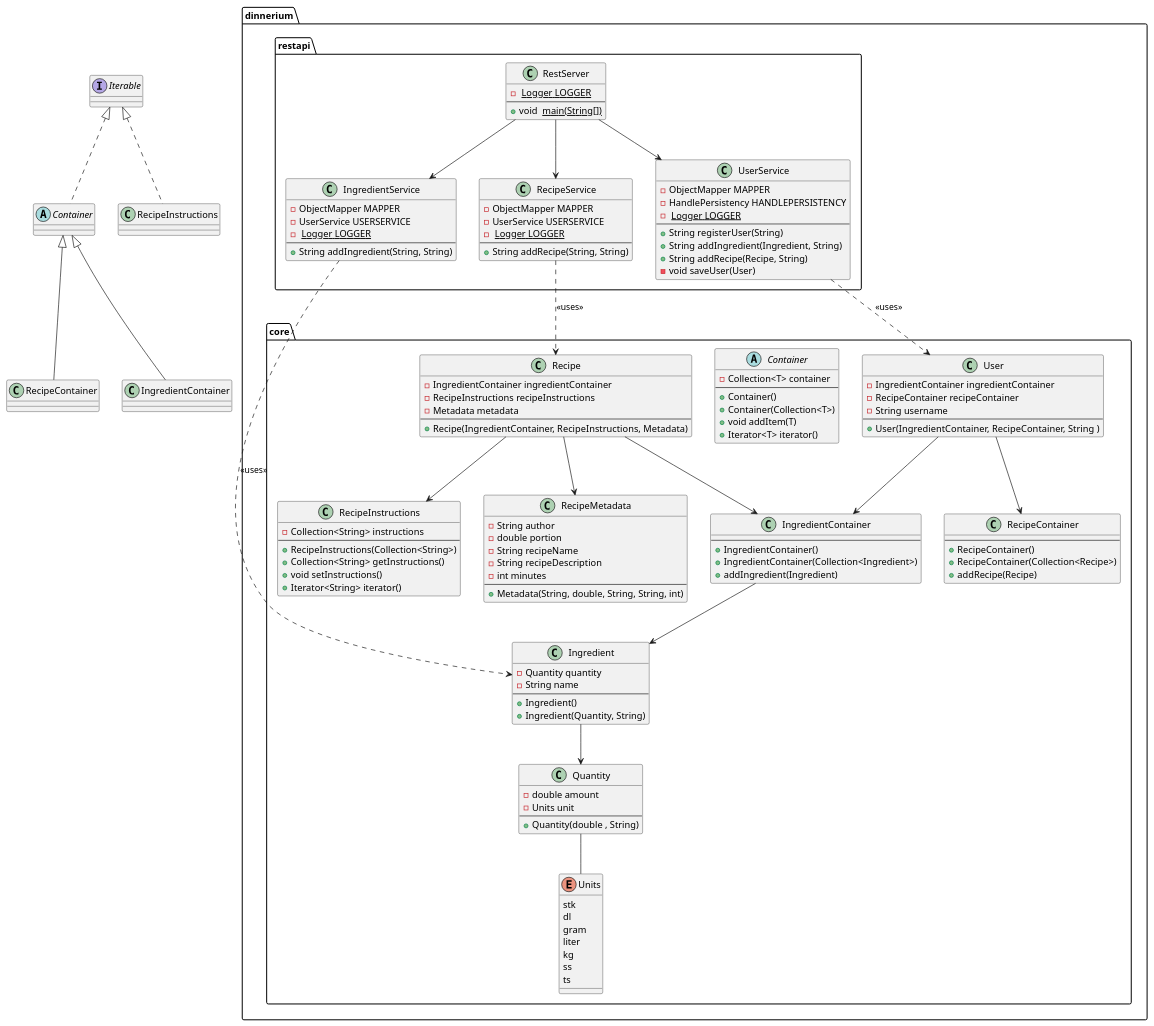
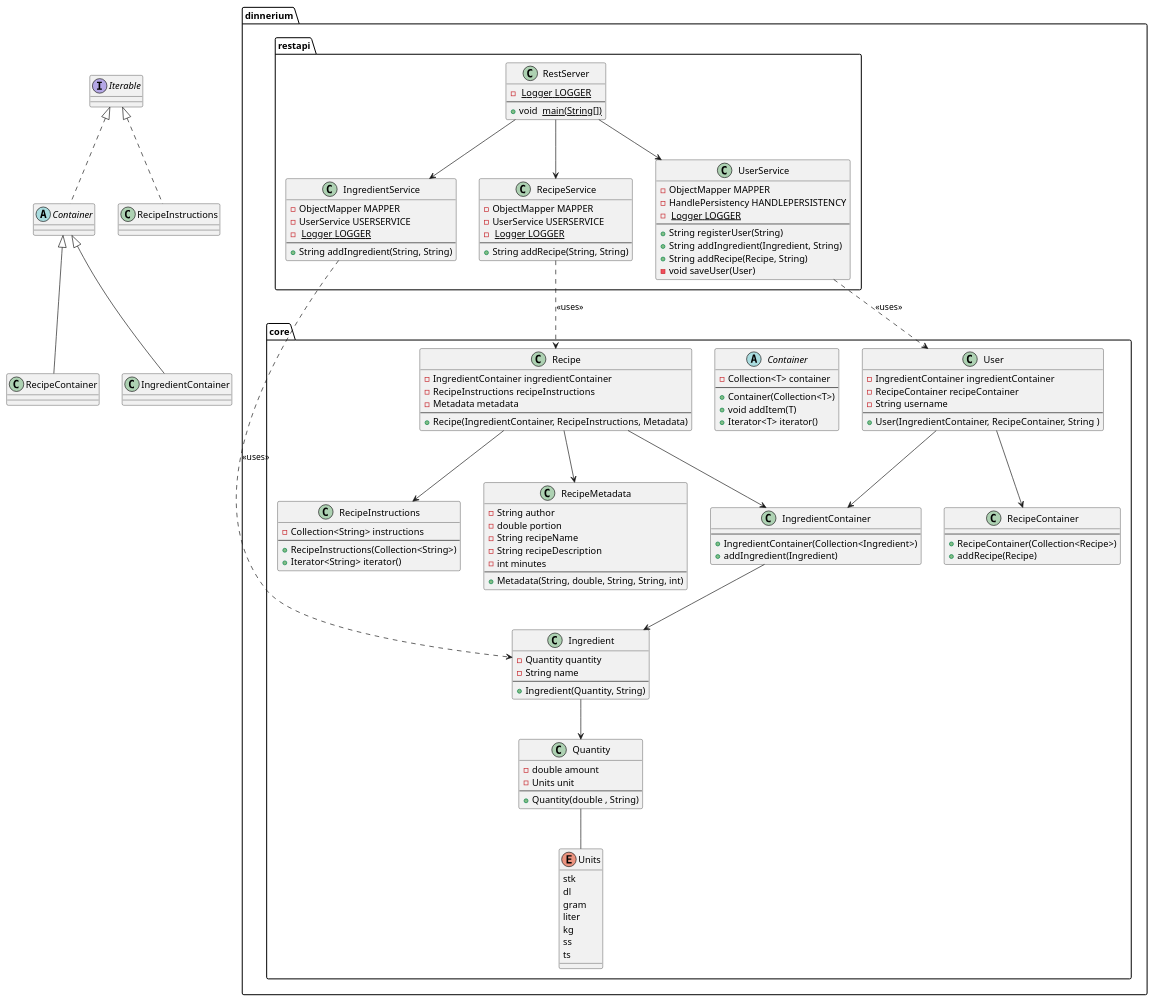
The diagram in documentation/diagrams/src/class_diagram.puml (joonerik/dinnerium), drawn with PlantUML before and after one commit.

Commit message:
remove excessive and previous removed methods

```diff
--- a/documentation/diagrams/src/class_diagram.puml
+++ b/documentation/diagrams/src/class_diagram.puml
@@ -1,145 +1,139 @@
 @startuml sequence_diagram
 
 package dinnerium.core {
     class Recipe {
         - IngredientContainer ingredientContainer
         - RecipeInstructions recipeInstructions
         - Metadata metadata
         --
         + Recipe(IngredientContainer, RecipeInstructions, Metadata)
     }
 
     class Quantity {
         - double amount
         - Units unit
         --
         + Quantity(double , String)
     }
 
     enum Units {
         stk
         dl
         gram
         liter
         kg
         ss
         ts
     }
 
     class Ingredient {
         - Quantity quantity
         - String name
         --
-        + Ingredient()
         + Ingredient(Quantity, String)
     }
 
     abstract class Container {
         - Collection<T> container
         --
-        + Container()
         + Container(Collection<T>) 
         + void addItem(T)  
         + Iterator<T> iterator()
     }
 
     class IngredientContainer {
         --
-        + IngredientContainer()
         + IngredientContainer(Collection<Ingredient>)
         + addIngredient(Ingredient)
     }
 
     class RecipeContainer {
         --
-        + RecipeContainer()
         + RecipeContainer(Collection<Recipe>)
         + addRecipe(Recipe)
     }
 
     class RecipeInstructions {
         - Collection<String> instructions
         --
         + RecipeInstructions(Collection<String>)
-        + Collection<String> getInstructions()
-        + void setInstructions()
         + Iterator<String> iterator()
     }
 
     class RecipeMetadata {
         - String author
         - double portion
         - String recipeName
         - String recipeDescription
         - int minutes
         --
         + Metadata(String, double, String, String, int)
     }
 
     class User {
         - IngredientContainer ingredientContainer
         - RecipeContainer recipeContainer
         - String username
         --
         + User(IngredientContainer, RecipeContainer, String )
     }
 }
 
 
 package dinnerium.restapi{
     class IngredientService {
         - ObjectMapper MAPPER
         - UserService USERSERVICE
         - <u> Logger LOGGER
         --
         + String addIngredient(String, String)
     }
 
     class RecipeService {
         - ObjectMapper MAPPER
         - UserService USERSERVICE
         - <u> Logger LOGGER
         --
         + String addRecipe(String, String)
     }
 
     class UserService {
         - ObjectMapper MAPPER
         - HandlePersistency HANDLEPERSISTENCY
         - <u> Logger LOGGER
         --
         + String registerUser(String)
         + String addIngredient(Ingredient, String)
         + String addRecipe(Recipe, String)
         - void saveUser(User)
     }
 
     class RestServer {
         - <u> Logger LOGGER
         --
         + void <u> main(String[])
     }
 }
 
 interface Iterable
 
 User --> RecipeContainer
 User --> IngredientContainer
 Recipe --> IngredientContainer
 Recipe --> RecipeInstructions
 Recipe --> RecipeMetadata
 IngredientContainer --> Ingredient
 Ingredient --> Quantity
 Quantity -- Units
 abstract class Container implements Iterable
 class RecipeInstructions implements Iterable
 class RecipeContainer extends Container
 class IngredientContainer extends Container
 
 RestServer --> IngredientService
 RestServer --> RecipeService
 RestServer --> UserService
 IngredientService ..> Ingredient: << uses >>
 RecipeService ..> Recipe: << uses >>
 UserService ..> User: << uses >>
 @enduml
```
